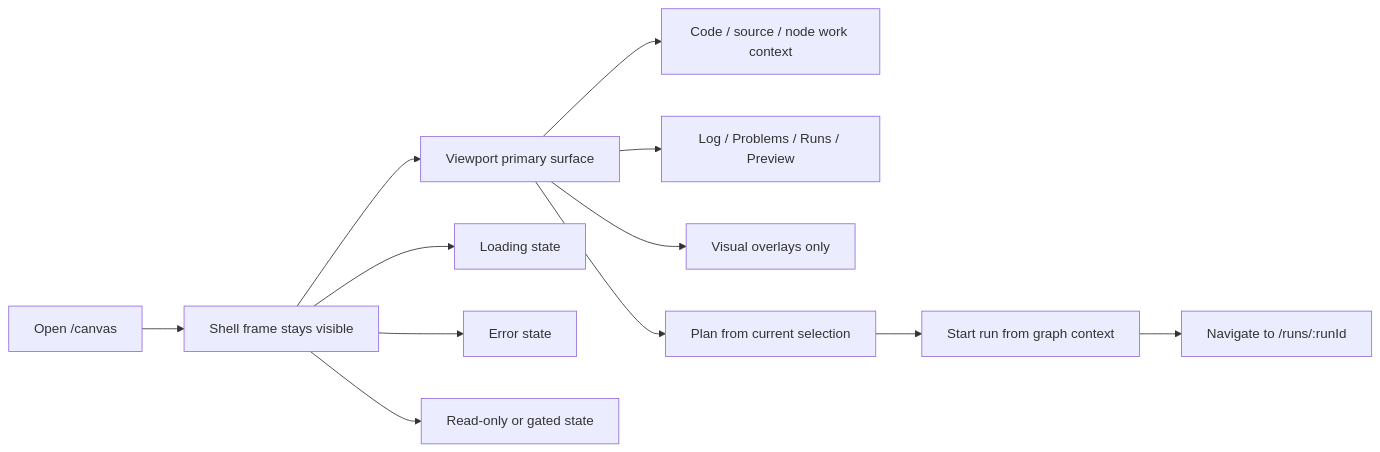
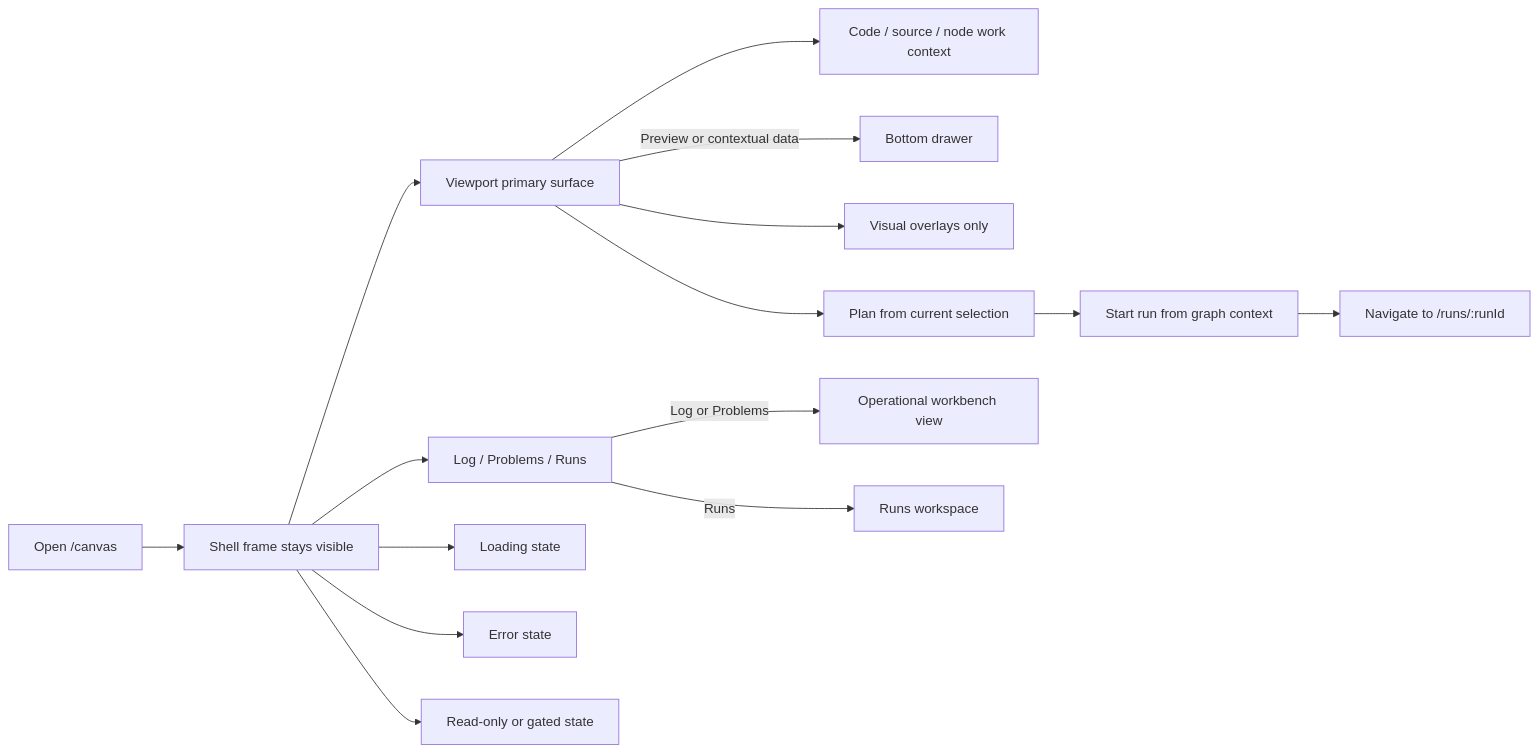
One commit to dunay2/dvt changed the second of 4 diagrams in docs/architecture/components/web/screen-manuals-and-user-stories.md. Above: the diagram before and after it, drawn with Mermaid. The commit also changed other lines of this file and 879 other files, not shown here.

````diff
--- a/docs/architecture/components/web/screen-manuals-and-user-stories.md
+++ b/docs/architecture/components/web/screen-manuals-and-user-stories.md
@@ -126,16 +136,19 @@
 ```mermaid
 flowchart LR
   Entry["Open /canvas"] --> Shell["Shell frame stays visible"]
   Shell --> Viewport["Viewport primary surface"]
   Viewport --> Contextual["Code / source / node work context"]
-  Viewport --> Drawer["Log / Problems / Runs / Preview"]
+  Shell --> Rail["Log / Problems / Runs"]
+  Rail -->|Log or Problems| OperationalWorkspace["Operational workbench view"]
+  Rail -->|Runs| Runs["Runs workspace"]
+  Viewport -->|Preview or contextual data| Drawer["Bottom drawer"]
 
   Viewport --> Overlay["Visual overlays only"]
   Viewport --> Plan["Plan from current selection"]
   Plan --> Run["Start run from graph context"]
   Run --> RunsRoute["Navigate to /runs/:runId"]
 
   Shell --> Loading["Loading state"]
   Shell --> Error["Error state"]
   Shell --> ReadOnly["Read-only or gated state"]
 ```
````
